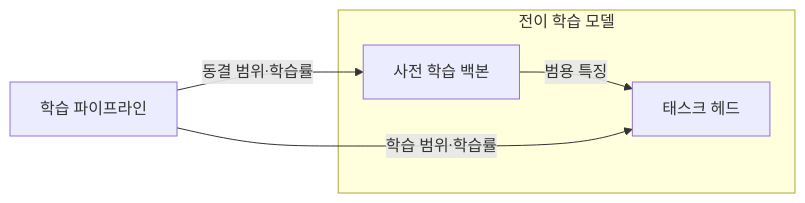
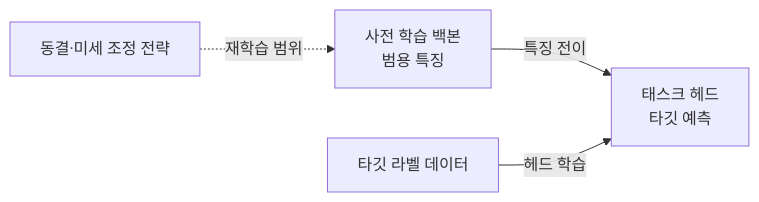
Before and after one commit to agnusdei1207/knowledge-base: the first of 2 diagrams in src/content/docs/notes/01-basic-theory/047_transfer_learning.md, drawn with Mermaid. The commit also changed other lines of this file, not shown here.

Commit message:
docs: 전이 학습 핵심 아키텍처 정리

````diff
--- a/src/content/docs/notes/01-basic-theory/047_transfer_learning.md
+++ b/src/content/docs/notes/01-basic-theory/047_transfer_learning.md
@@ -58,11 +58,6 @@
 ```mermaid
 flowchart LR
-    T[학습 파이프라인]
-    subgraph M[전이 학습 모델]
-        B[사전 학습 백본]
-        H[태스크 헤드]
-        B -->|범용 특징| H
-    end
-    T -->|동결 범위·학습률| B
-    T -->|학습 범위·학습률| H
+    B[사전 학습 백본<br/>범용 특징] -->|특징 전이| H[태스크 헤드<br/>타깃 예측]
+    D[타깃 라벨 데이터] -->|헤드 학습| H
+    F[동결·미세 조정 전략] -.->|재학습 범위| B
 ```
````
